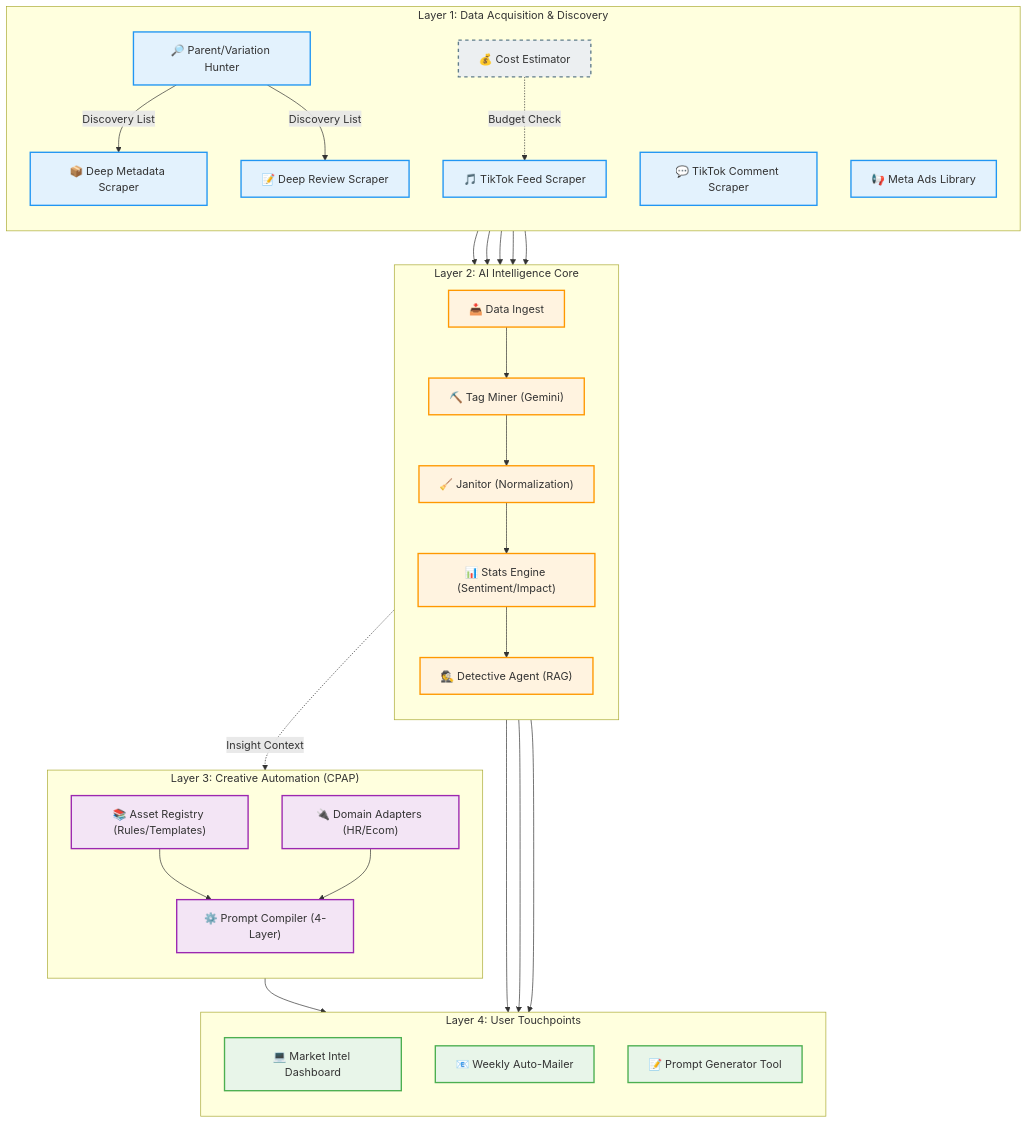
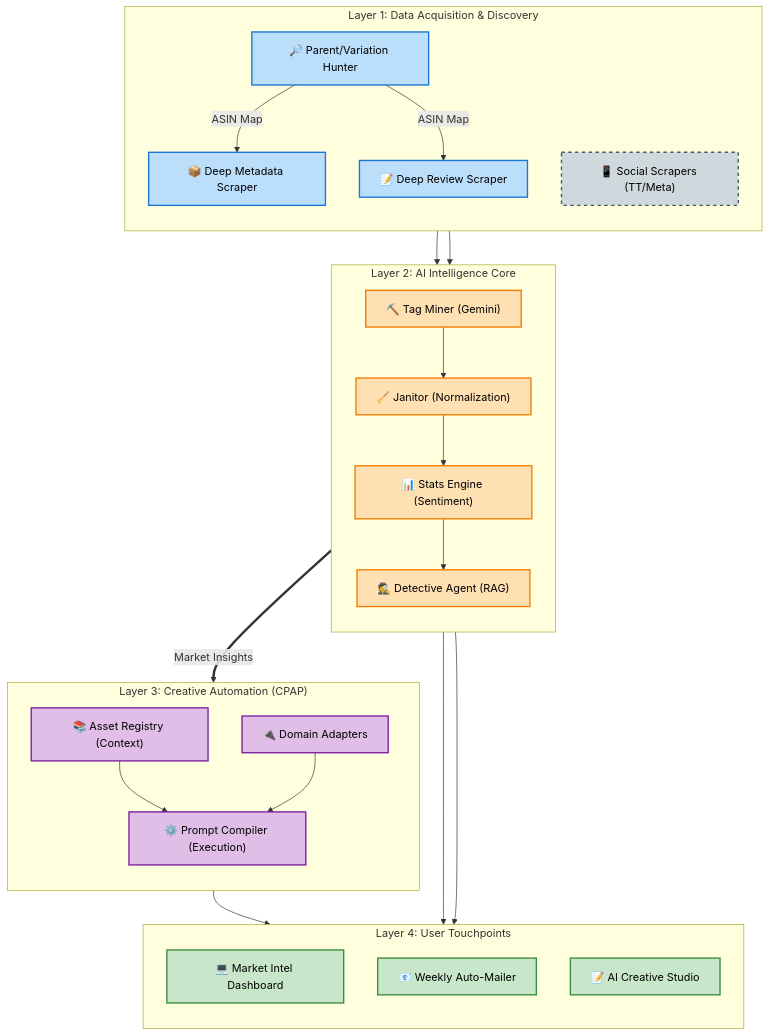
Before and after one commit to Daniel-LeTC/AI_market_intel_platform: the diagram in docs/ECOSYSTEM_NODES_MAP.md, drawn with Mermaid. The commit also changed other lines of this file, not shown here.

Commit message:
docs: finalize AI Ecosystem Map with CPAP as Creative Bridge and optimized contrast

````diff
--- a/docs/ECOSYSTEM_NODES_MAP.md
+++ b/docs/ECOSYSTEM_NODES_MAP.md
@@ -10,77 +10,66 @@
 ```mermaid
 graph TD
-    %% --- STYLES ---
-    classDef acquisition fill:#e3f2fd,stroke:#2196f3,stroke-width:2px;
-    classDef intelligence fill:#fff3e0,stroke:#ff9800,stroke-width:2px;
-    classDef creative fill:#f3e5f5,stroke:#9c27b0,stroke-width:2px;
-    classDef output fill:#e8f5e9,stroke:#4caf50,stroke-width:2px;
-    classDef hidden fill:#eceff1,stroke:#607d8b,stroke-width:2px,stroke-dasharray: 5 5;
+    %% --- STYLES (Optimized Contrast) ---
+    classDef acquisition fill:#bbdefb,stroke:#1976d2,stroke-width:2px,color:#000;
+    classDef intelligence fill:#ffe0b2,stroke:#f57c00,stroke-width:2px,color:#000;
+    classDef creative fill:#e1bee7,stroke:#7b1fa2,stroke-width:2px,color:#000;
+    classDef output fill:#c8e6c9,stroke:#388e3c,stroke-width:2px,color:#000;
+    classDef hidden fill:#cfd8dc,stroke:#455a64,stroke-width:2px,color:#000,stroke-dasharray: 5 5;
 
     %% --- LAYER 1: ACQUISITION & DISCOVERY ---
     subgraph ACQUISITION ["Layer 1: Data Acquisition & Discovery"]
         direction TB
         Node_Parent_Hunter["🔎 Parent/Variation Hunter"]:::acquisition
         Node_Metadata_Deep["📦 Deep Metadata Scraper"]:::acquisition
         Node_Review_Deep["📝 Deep Review Scraper"]:::acquisition
-        Node_TikTok_Feed["🎵 TikTok Feed Scraper"]:::acquisition
-        Node_TikTok_Comment["💬 TikTok Comment Scraper"]:::acquisition
-        Node_Meta_Ads["📢 Meta Ads Library"]:::acquisition
-        Node_Social_Pricing["💰 Cost Estimator"]:::hidden
+        Node_Social_Nodes["📱 Social Scrapers (TT/Meta)"]:::hidden
     end
 
-    %% --- LAYER 2: INTELLIGENCE Core ---
+    %% --- LAYER 2: INTELLIGENCE CORE ---
     subgraph INTELLIGENCE ["Layer 2: AI Intelligence Core"]
         direction TB
-        Node_Ingest["📥 Data Ingest"]:::intelligence
         Node_Miner["⛏️ Tag Miner (Gemini)"]:::intelligence
         Node_Janitor["🧹 Janitor (Normalization)"]:::intelligence
-        Node_Stats["📊 Stats Engine (Sentiment/Impact)"]:::intelligence
+        Node_Stats["📊 Stats Engine (Sentiment)"]:::intelligence
         Node_Detective["🕵️ Detective Agent (RAG)"]:::intelligence
     end
 
-    %% --- LAYER 3: CREATIVE (CPAP ENGINE) ---
+    %% --- LAYER 3: CREATIVE BRIDGE (CPAP ENGINE) ---
     subgraph CREATIVE ["Layer 3: Creative Automation (CPAP)"]
         direction TB
-        Node_Registry["📚 Asset Registry (Rules/Templates)"]:::creative
-        Node_Compiler["⚙️ Prompt Compiler (4-Layer)"]:::creative
-        Node_Domain_Adapter["🔌 Domain Adapters (HR/Ecom)"]:::creative
+        Node_Registry["📚 Asset Registry (Context)"]:::creative
+        Node_Compiler["⚙️ Prompt Compiler (Execution)"]:::creative
+        Node_Adapter["🔌 Domain Adapters"]:::creative
     end
 
-    %% --- LAYER 4: OUTPUT & INTERACTION ---
+    %% --- LAYER 4: USER OUTPUT ---
     subgraph OUTPUT ["Layer 4: User Touchpoints"]
         direction TB
         UI_Dashboard["💻 Market Intel Dashboard"]:::output
         UI_Mailer["📧 Weekly Auto-Mailer"]:::output
-        UI_Prompt_Gen["📝 Prompt Generator Tool"]:::output
+        UI_Creative_App["📝 AI Creative Studio"]:::output
     end
 
-    %% --- CONNECTIONS ---
-    %% Acquisition Flow
-    Node_Parent_Hunter -->|Discovery List| Node_Metadata_Deep
-    Node_Parent_Hunter -->|Discovery List| Node_Review_Deep
+    %% --- THE STRATEGIC FLOW ---
+    %% Step 1: Discovery
+    Node_Parent_Hunter -->|ASIN Map| Node_Metadata_Deep
+    Node_Parent_Hunter -->|ASIN Map| Node_Review_Deep
     
-    %% Data Flow to Core
-    Node_Metadata_Deep --> Node_Ingest
-    Node_Review_Deep --> Node_Ingest
-    Node_TikTok_Feed --> Node_Ingest
-    Node_TikTok_Comment --> Node_Ingest
-    Node_Meta_Ads --> Node_Ingest
-
-    %% Intelligence Flow
-    Node_Ingest --> Node_Miner
+    %% Step 2: Analysis Pipeline
+    Node_Metadata_Deep --> Node_Miner
+    Node_Review_Deep --> Node_Miner
     Node_Miner --> Node_Janitor
     Node_Janitor --> Node_Stats
     Node_Stats --> Node_Detective
-    Node_Stats --> UI_Dashboard
+
+    %% Step 3: THE BRIDGE (Insight-to-Action)
+    %% Detective nạp Insight làm Input cho Compiler để đẻ ra Prompt thực thi
+    Node_Detective ==>|Market Insights| Node_Compiler
+    Node_Registry --> Node_Compiler
+    Node_Adapter --> Node_Compiler
+
+    %% Step 4: Final Delivery
+    Node_Detective --> UI_Dashboard
     Node_Detective --> UI_Mailer
-    Node_Detective --> UI_Dashboard
-
-    %% Creative Flow
-    Node_Registry --> Node_Compiler
-    Node_Domain_Adapter --> Node_Compiler
-    Node_Compiler --> UI_Prompt_Gen
-
-    %% Cross-Pollination (Future)
-    Node_Detective -.->|Insight Context| Node_Compiler
-    Node_Social_Pricing -.->|Budget Check| Node_TikTok_Feed
+    Node_Compiler --> UI_Creative_App
 ```
````
